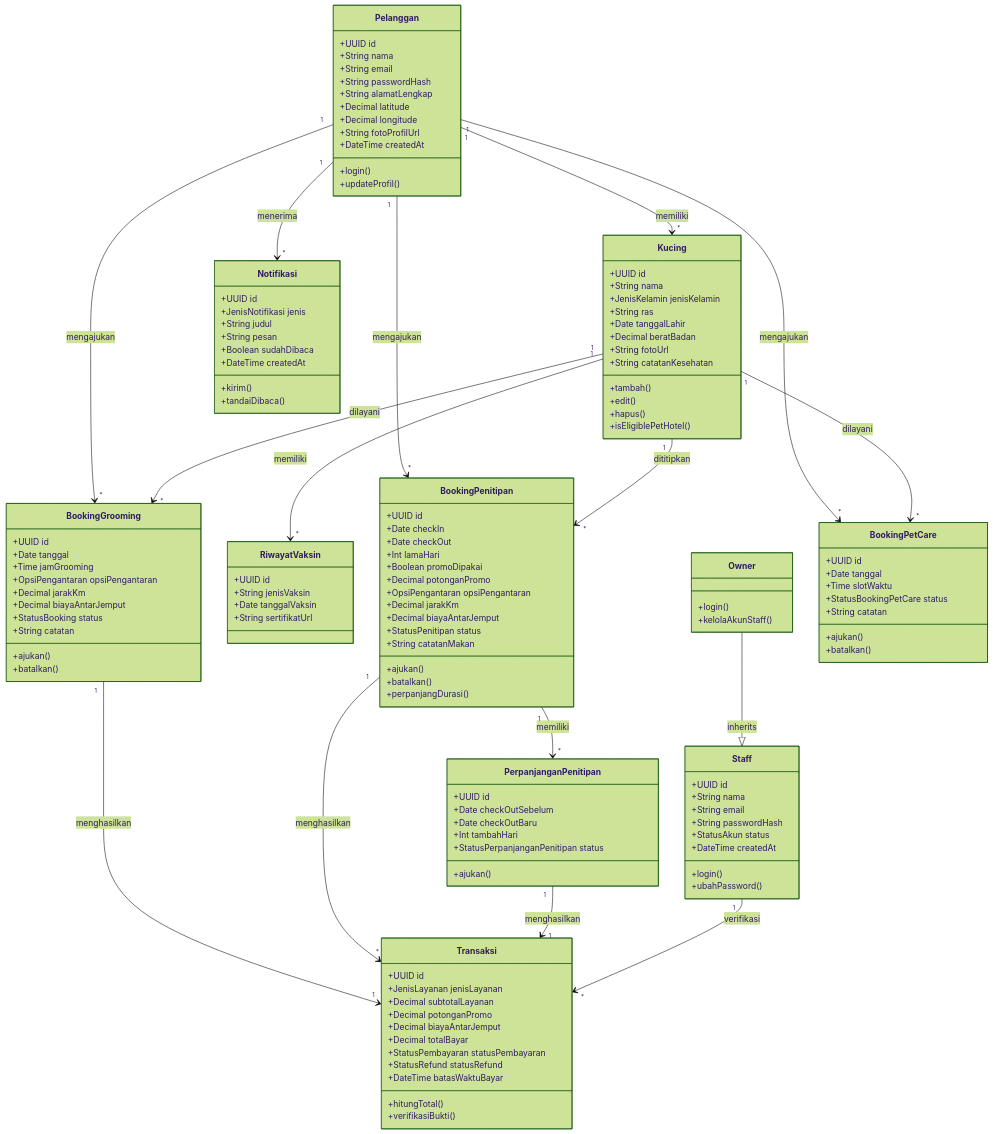
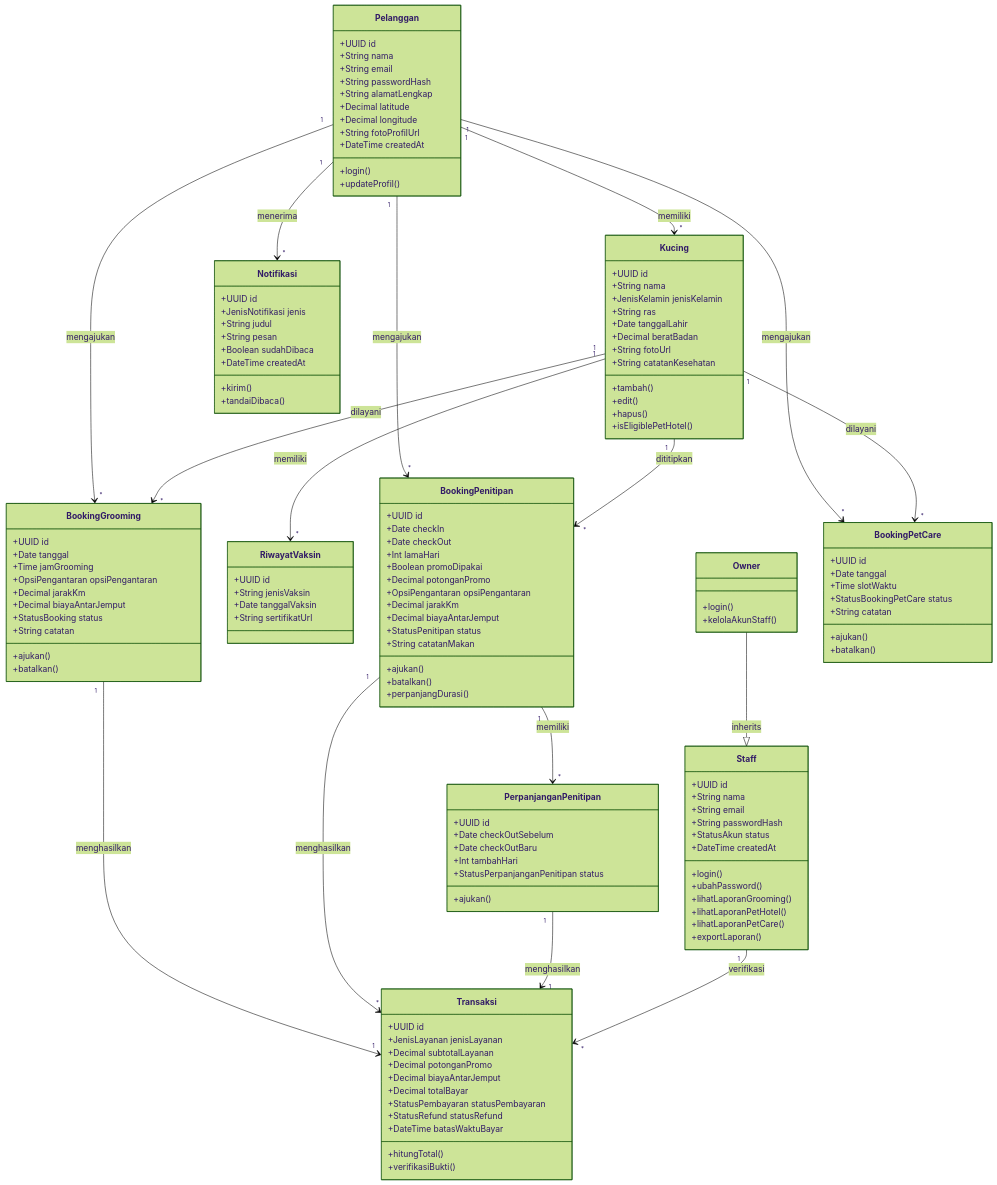
Before and after one commit to nonamebkz/pet-hotel: the first of 11 diagrams in diagrams/class/class-diagram.md, drawn with Mermaid (forest theme). The commit also changed other lines of this file and 10 other files, not shown here.

```diff
--- a/diagrams/class/class-diagram.md
+++ b/diagrams/class/class-diagram.md
@@ -40,6 +40,10 @@
         +DateTime createdAt
         +login()
         +ubahPassword()
+        +lihatLaporanGrooming()
+        +lihatLaporanPetHotel()
+        +lihatLaporanPetCare()
+        +exportLaporan()
     }
 
     class Owner {
```
